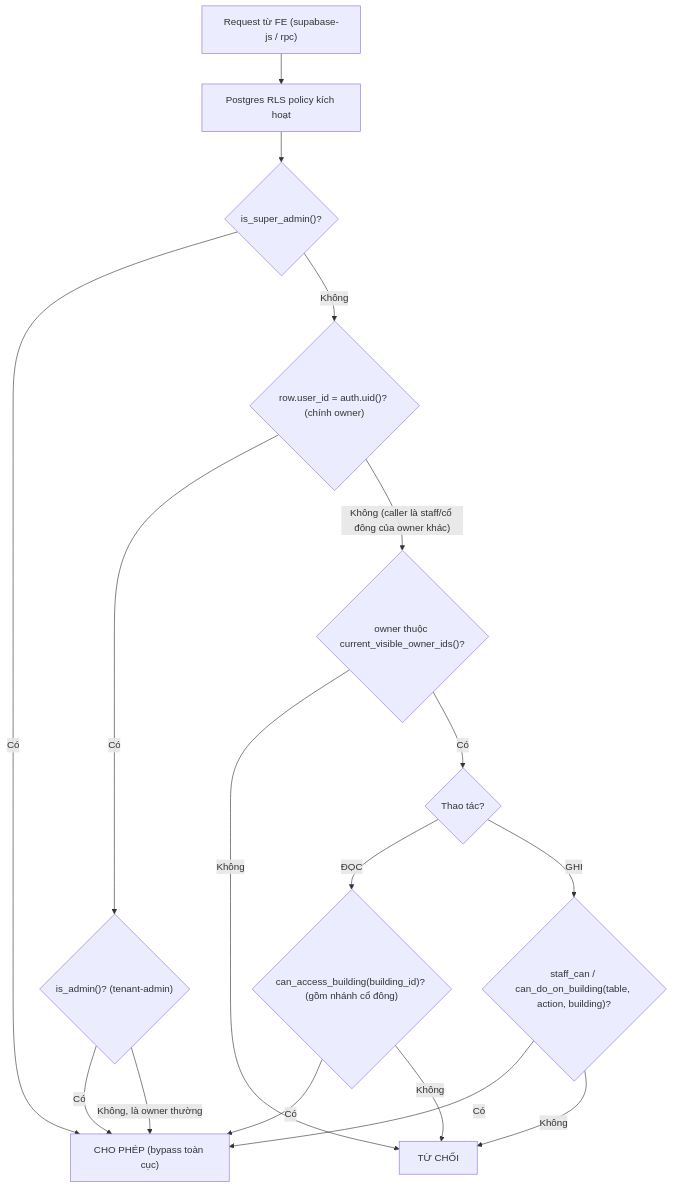
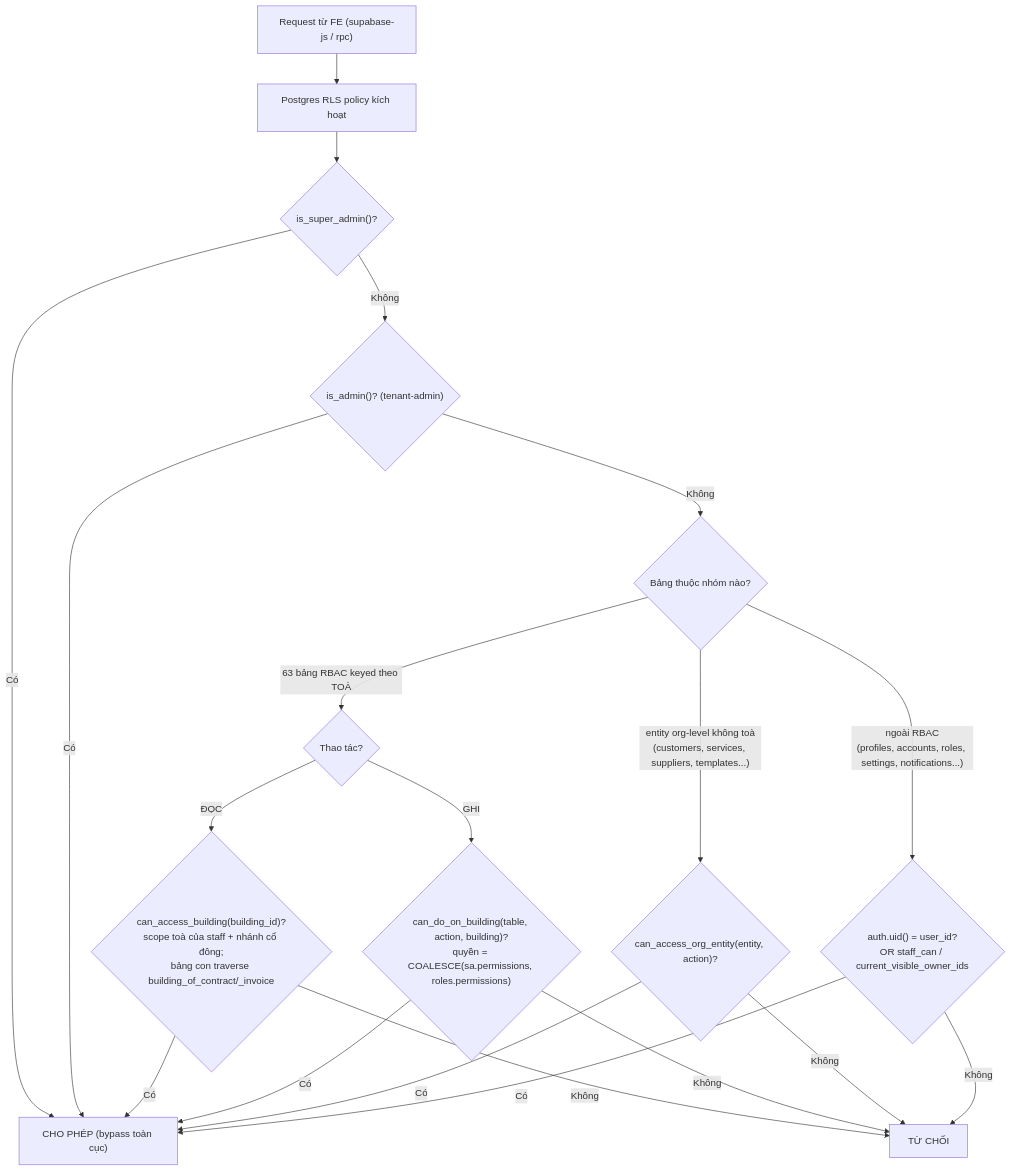
The second of 4 diagrams in docs/he-thong/00-tong-quan.md (zxGreenxz/whiteboard-ihomecrm), drawn with Mermaid before and after one commit. The commit also changed other lines of this file and 17 other files, not shown here.

````diff
--- a/docs/he-thong/00-tong-quan.md
+++ b/docs/he-thong/00-tong-quan.md
@@ -98,19 +100,22 @@
 ```mermaid
 flowchart TD
   start["Request từ FE (supabase-js / rpc)"] --> rls["Postgres RLS policy kích hoạt"]
   rls --> super{"is_super_admin()?"}
   super -->|"Có"| allow["CHO PHÉP (bypass toàn cục)"]
-  super -->|"Không"| owner{"row.user_id = auth.uid()? (chính owner)"}
-  owner -->|"Có"| admin{"is_admin()? (tenant-admin)"}
+  super -->|"Không"| admin{"is_admin()? (tenant-admin)"}
   admin -->|"Có"| allow
-  admin -->|"Không, là owner thường"| allow
-  owner -->|"Không (caller là staff/cổ đông của owner khác)"| visible{"owner thuộc current_visible_owner_ids()?"}
-  visible -->|"Không"| deny["TỪ CHỐI"]
-  visible -->|"Có"| op{"Thao tác?"}
-  op -->|"ĐỌC"| canread{"can_access_building(building_id)? (gồm nhánh cổ đông)"}
-  op -->|"GHI"| canwrite{"staff_can / can_do_on_building(table, action, building)?"}
+  admin -->|"Không"| kind{"Bảng thuộc nhóm nào?"}
+  kind -->|"63 bảng RBAC keyed theo TOÀ"| op{"Thao tác?"}
+  op -->|"ĐỌC"| canread{"can_access_building(building_id)?<br/>scope toà của staff + nhánh cổ đông;<br/>bảng con traverse building_of_contract/_invoice"}
+  op -->|"GHI"| canwrite{"can_do_on_building(table, action, building)?<br/>quyền = COALESCE(sa.permissions, roles.permissions)"}
+  kind -->|"entity org-level không toà<br/>(customers, services, suppliers, templates...)"| orgent{"can_access_org_entity(entity, action)?"}
+  kind -->|"ngoài RBAC<br/>(profiles, accounts, roles, settings, notifications...)"| legacy{"auth.uid() = user_id?<br/>OR staff_can / current_visible_owner_ids"}
   canread -->|"Có"| allow
-  canread -->|"Không"| deny
+  canread -->|"Không"| deny["TỪ CHỐI"]
   canwrite -->|"Có"| allow
   canwrite -->|"Không"| deny
+  orgent -->|"Có"| allow
+  orgent -->|"Không"| deny
+  legacy -->|"Có"| allow
+  legacy -->|"Không"| deny
 ```
````
